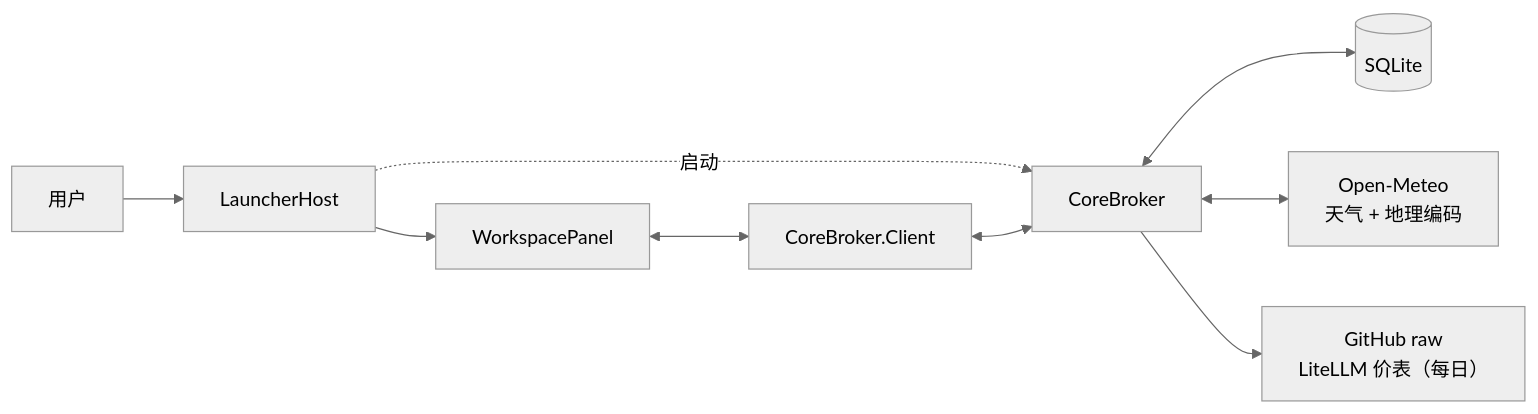
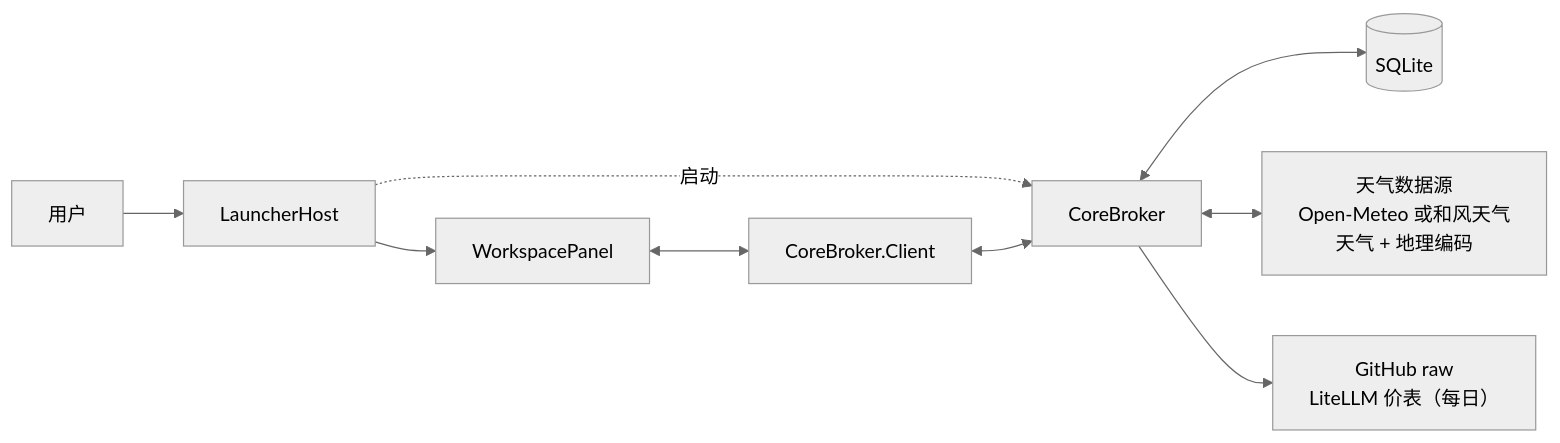
One commit to CookPiu/WinWidgetBoard changed the diagram in docs/03-technical-architecture.md. Above: the diagram before and after it, drawn with Mermaid (neutral theme). The commit also changed other lines of this file and 31 other files, not shown here.

````diff
--- a/docs/03-technical-architecture.md
+++ b/docs/03-technical-architecture.md
@@ -20,11 +20,11 @@
 ```mermaid
 flowchart LR
     U["用户"] --> L["LauncherHost"]
     L --> P["WorkspacePanel"]
     L -. 启动 .-> B["CoreBroker"]
     P <--> C["CoreBroker.Client"]
     C <--> B
     B <--> D[("SQLite")]
-    B <--> W["Open-Meteo<br/>天气 + 地理编码"]
+    B <--> W["天气数据源<br/>Open-Meteo 或和风天气<br/>天气 + 地理编码"]
     B --> G["GitHub raw<br/>LiteLLM 价表（每日）"]
 ```
````
